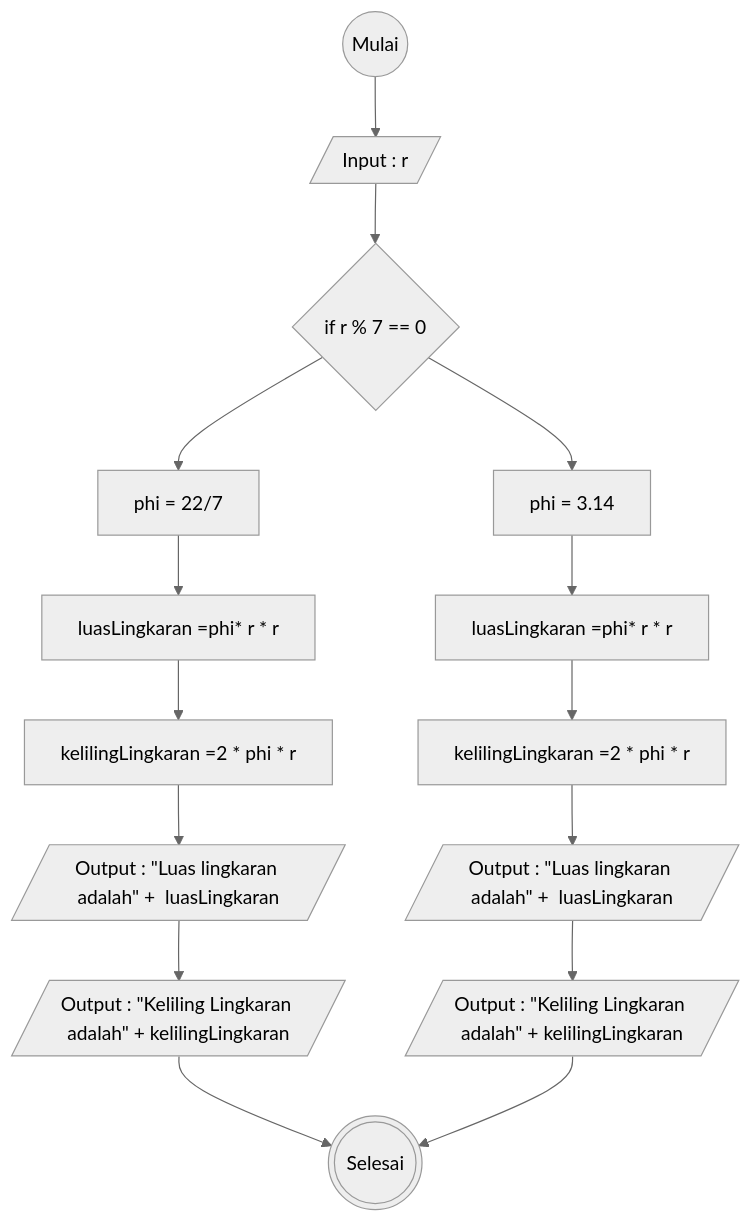
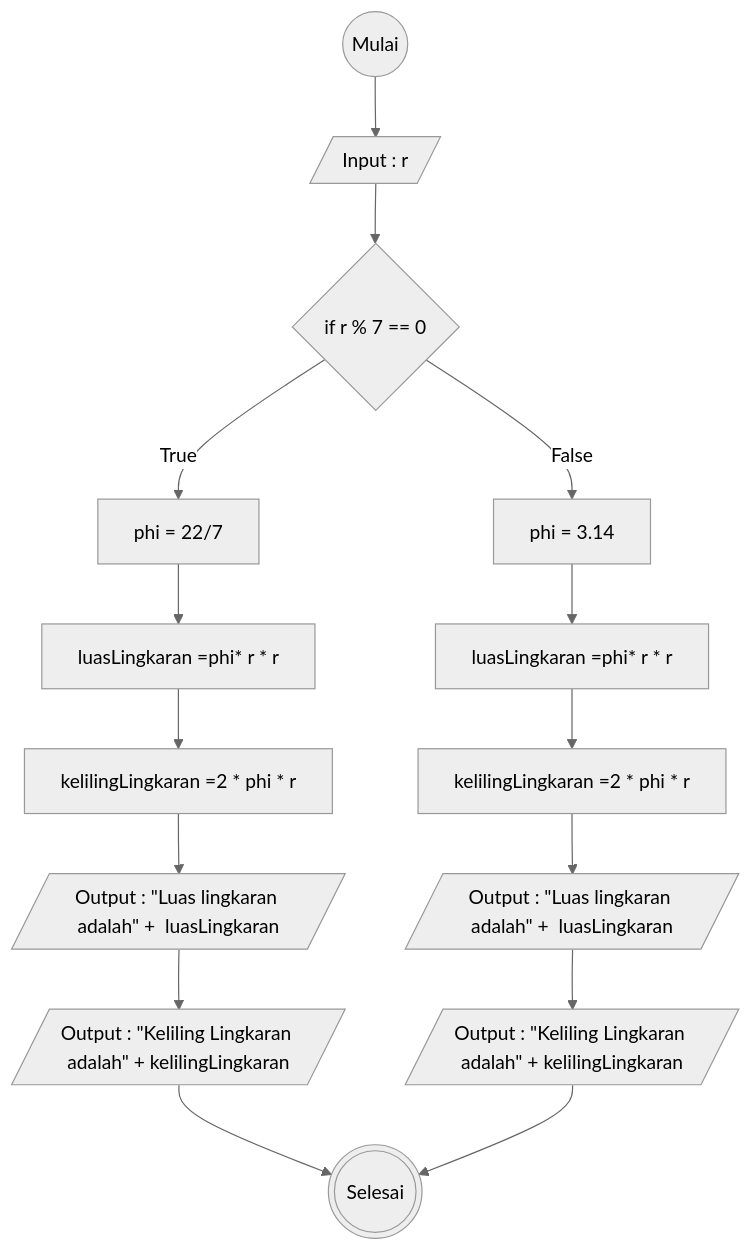
Before and after one commit to askadiliya/koda-b6-javascript1: the diagram in README.md, drawn with Mermaid (neutral theme).

````diff
--- a/README.md
+++ b/README.md
@@ -5,25 +5,25 @@
 ```mermaid
 flowchart TD
 A@{ shape: circle, label: "Mulai" }
 B@{ shape: lean-r, label: "Input : r" }
 C@{ shape: diamond, label: "if r % 7 == 0" }
 D@{ shape: rect, label: "phi = 22/7" }
 E@{ shape: rect, label: "phi = 3.14" }
 F@{ shape: rect, label: "luasLingkaran =phi* r * r" }
 G@{ shape: lean-r, label: 'Output : "Luas lingkaran adalah" +  luasLingkaran' }
 H@{ shape: rect, label: "kelilingLingkaran =2 * phi * r" }
 I@{ shape: lean-r, label: 'Output : "Keliling Lingkaran adalah" + kelilingLingkaran' }
 J@{ shape: dbl-circ, label: "Selesai" }
 K@{ shape: rect, label: "luasLingkaran =phi* r * r" }
 L@{ shape: rect, label: "kelilingLingkaran =2 * phi * r" }
 M@{ shape: lean-r, label: 'Output : "Luas lingkaran adalah" +  luasLingkaran' }
 N@{ shape: lean-r, label: 'Output : "Keliling Lingkaran adalah" + kelilingLingkaran' }
 
 A-->B-->
-C-->D
-C-->E
+C--True-->D
+C--False-->E
 D-->F-->H-->G-->I-->J
 E-->K-->L-->M-->N-->J
 
 
 ```
````
